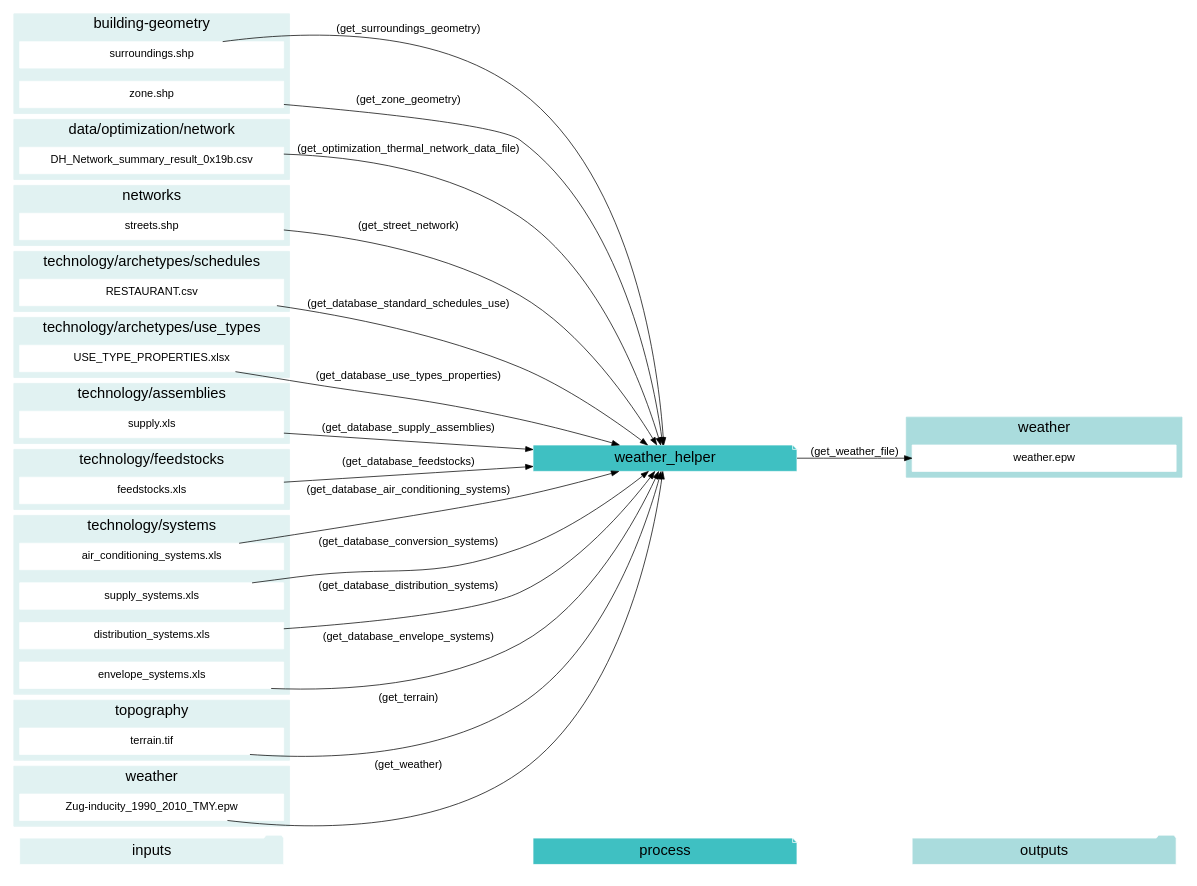
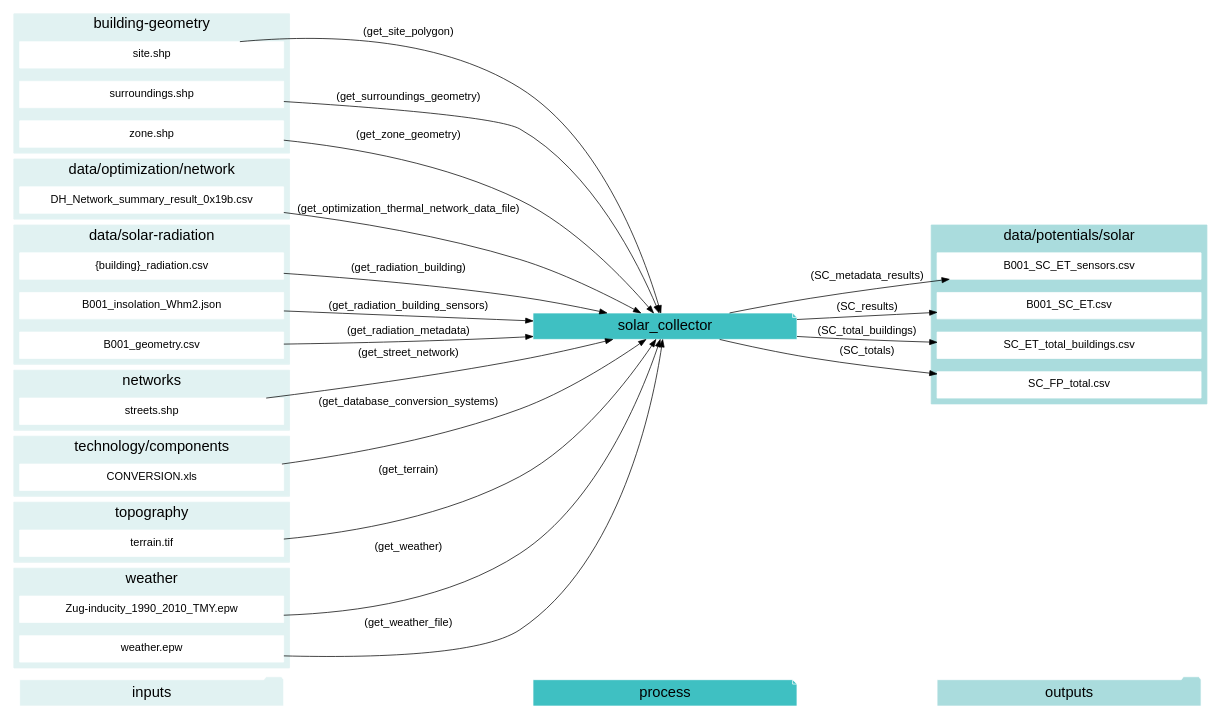
One commit to architecture-building-systems/CityEnergyAnalyst changed the ninth of 23 diagrams in docs/script-data-flow.rst. Above: the diagram before and after it, drawn with Graphviz. The commit also changed other lines of this file and 24 other files, not shown here.

```diff
--- a/docs/script-data-flow.rst
+++ b/docs/script-data-flow.rst
@@ -1076,13 +872,14 @@
     "inputs"->"process"[style=invis]
     "process"->"outputs"[style=invis]
     }
-    "weather_helper"[style=filled, color=white, fillcolor="#3FC0C2", shape=note, fontsize=20, fontname=arial];
+    "solar_collector"[style=filled, color=white, fillcolor="#3FC0C2", shape=note, fontsize=20, fontname=arial];
     subgraph cluster_0_in {
         style = filled;
         color = "#E1F2F2";
         fontsize = 20;
         rank=same;
         label="building-geometry";
+        "site.shp"
         "surroundings.shp"
         "zone.shp"
     }
@@ -1094,7 +891,28 @@
         label="data/optimization/network";
         "DH_Network_summary_result_0x19b.csv"
     }
-    subgraph cluster_2_in {
+    subgraph cluster_2_out {
+        style = filled;
+        color = "#aadcdd";
+        fontsize = 20;
+        rank=same;
+        label="data/potentials/solar";
+        "B001_SC_ET_sensors.csv"
+        "B001_SC_ET.csv"
+        "SC_ET_total_buildings.csv"
+        "SC_FP_total.csv"
+    }
+    subgraph cluster_3_in {
+        style = filled;
+        color = "#E1F2F2";
+        fontsize = 20;
+        rank=same;
+        label="data/solar-radiation";
+        "{building}_radiation.csv"
+        "B001_insolation_Whm2.json"
+        "B001_geometry.csv"
+    }
+    subgraph cluster_4_in {
         style = filled;
         color = "#E1F2F2";
         fontsize = 20;
@@ -1102,50 +920,15 @@
         label="networks";
         "streets.shp"
     }
-    subgraph cluster_3_in {
-        style = filled;
-        color = "#E1F2F2";
-        fontsize = 20;
-        rank=same;
-        label="technology/archetypes/schedules";
-        "RESTAURANT.csv"
-    }
-    subgraph cluster_4_in {
-        style = filled;
-        color = "#E1F2F2";
-        fontsize = 20;
-        rank=same;
-        label="technology/archetypes/use_types";
-        "USE_TYPE_PROPERTIES.xlsx"
-    }
     subgraph cluster_5_in {
         style = filled;
         color = "#E1F2F2";
         fontsize = 20;
         rank=same;
-        label="technology/assemblies";
-        "supply.xls"
+        label="technology/components";
+        "CONVERSION.xls"
     }
     subgraph cluster_6_in {
-        style = filled;
-        color = "#E1F2F2";
-        fontsize = 20;
-        rank=same;
-        label="technology/feedstocks";
-        "feedstocks.xls"
-    }
-    subgraph cluster_7_in {
-        style = filled;
-        color = "#E1F2F2";
-        fontsize = 20;
-        rank=same;
-        label="technology/systems";
-        "air_conditioning_systems.xls"
-        "supply_systems.xls"
-        "distribution_systems.xls"
-        "envelope_systems.xls"
-    }
-    subgraph cluster_8_in {
         style = filled;
         color = "#E1F2F2";
         fontsize = 20;
@@ -1153,35 +936,29 @@
         label="topography";
         "terrain.tif"
     }
-    subgraph cluster_9_in {
+    subgraph cluster_7_in {
         style = filled;
         color = "#E1F2F2";
         fontsize = 20;
         rank=same;
         label="weather";
         "Zug-inducity_1990_2010_TMY.epw"
-    }
-    subgraph cluster_9_out {
-        style = filled;
-        color = "#aadcdd";
-        fontsize = 20;
-        rank=same;
-        label="weather";
         "weather.epw"
     }
-    "air_conditioning_systems.xls" -> "weather_helper"[label="(get_database_air_conditioning_systems)"]
-    "supply_systems.xls" -> "weather_helper"[label="(get_database_conversion_systems)"]
-    "distribution_systems.xls" -> "weather_helper"[label="(get_database_distribution_systems)"]
-    "envelope_systems.xls" -> "weather_helper"[label="(get_database_envelope_systems)"]
-    "feedstocks.xls" -> "weather_helper"[label="(get_database_feedstocks)"]
-    "RESTAURANT.csv" -> "weather_helper"[label="(get_database_standard_schedules_use)"]
-    "supply.xls" -> "weather_helper"[label="(get_database_supply_assemblies)"]
-    "USE_TYPE_PROPERTIES.xlsx" -> "weather_helper"[label="(get_database_use_types_properties)"]
-    "DH_Network_summary_result_0x19b.csv" -> "weather_helper"[label="(get_optimization_thermal_network_data_file)"]
-    "streets.shp" -> "weather_helper"[label="(get_street_network)"]
-    "surroundings.shp" -> "weather_helper"[label="(get_surroundings_geometry)"]
-    "terrain.tif" -> "weather_helper"[label="(get_terrain)"]
-    "Zug-inducity_1990_2010_TMY.epw" -> "weather_helper"[label="(get_weather)"]
-    "zone.shp" -> "weather_helper"[label="(get_zone_geometry)"]
-    "weather_helper" -> "weather.epw"[label="(get_weather_file)"]
+    "CONVERSION.xls" -> "solar_collector"[label="(get_database_conversion_systems)"]
+    "DH_Network_summary_result_0x19b.csv" -> "solar_collector"[label="(get_optimization_thermal_network_data_file)"]
+    "{building}_radiation.csv" -> "solar_collector"[label="(get_radiation_building)"]
+    "B001_insolation_Whm2.json" -> "solar_collector"[label="(get_radiation_building_sensors)"]
+    "B001_geometry.csv" -> "solar_collector"[label="(get_radiation_metadata)"]
+    "site.shp" -> "solar_collector"[label="(get_site_polygon)"]
+    "streets.shp" -> "solar_collector"[label="(get_street_network)"]
+    "surroundings.shp" -> "solar_collector"[label="(get_surroundings_geometry)"]
+    "terrain.tif" -> "solar_collector"[label="(get_terrain)"]
+    "Zug-inducity_1990_2010_TMY.epw" -> "solar_collector"[label="(get_weather)"]
+    "weather.epw" -> "solar_collector"[label="(get_weather_file)"]
+    "zone.shp" -> "solar_collector"[label="(get_zone_geometry)"]
+    "solar_collector" -> "B001_SC_ET_sensors.csv"[label="(SC_metadata_results)"]
+    "solar_collector" -> "B001_SC_ET.csv"[label="(SC_results)"]
+    "solar_collector" -> "SC_ET_total_buildings.csv"[label="(SC_total_buildings)"]
+    "solar_collector" -> "SC_FP_total.csv"[label="(SC_totals)"]
     }
```
